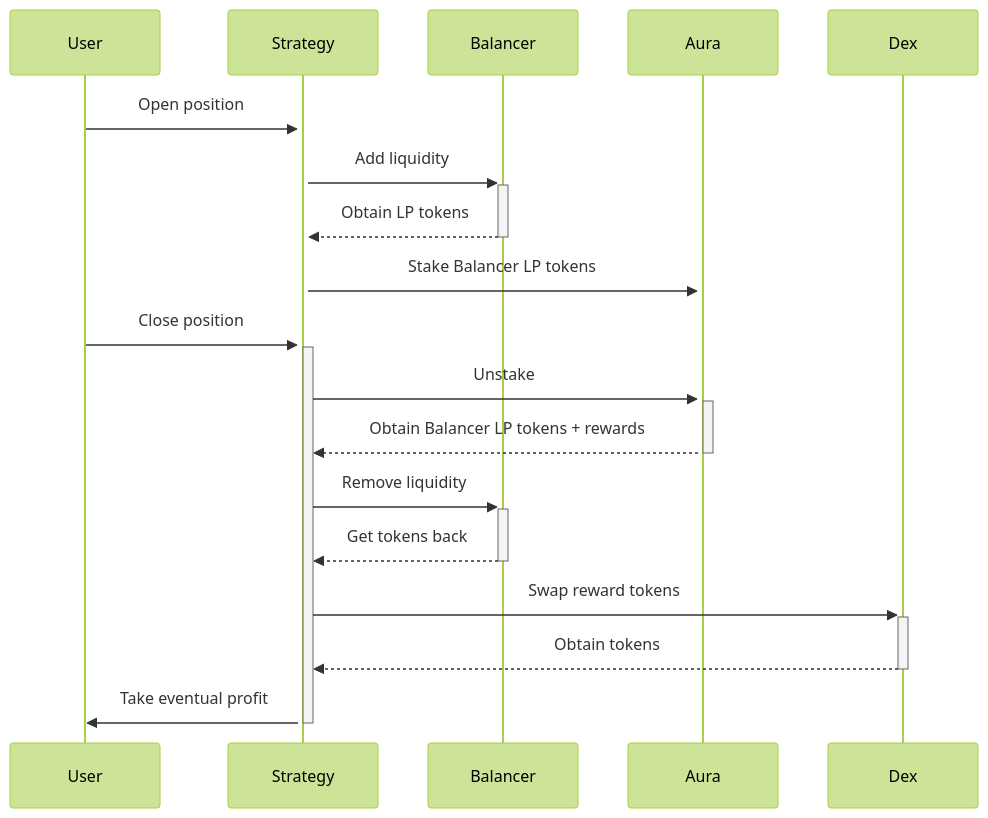
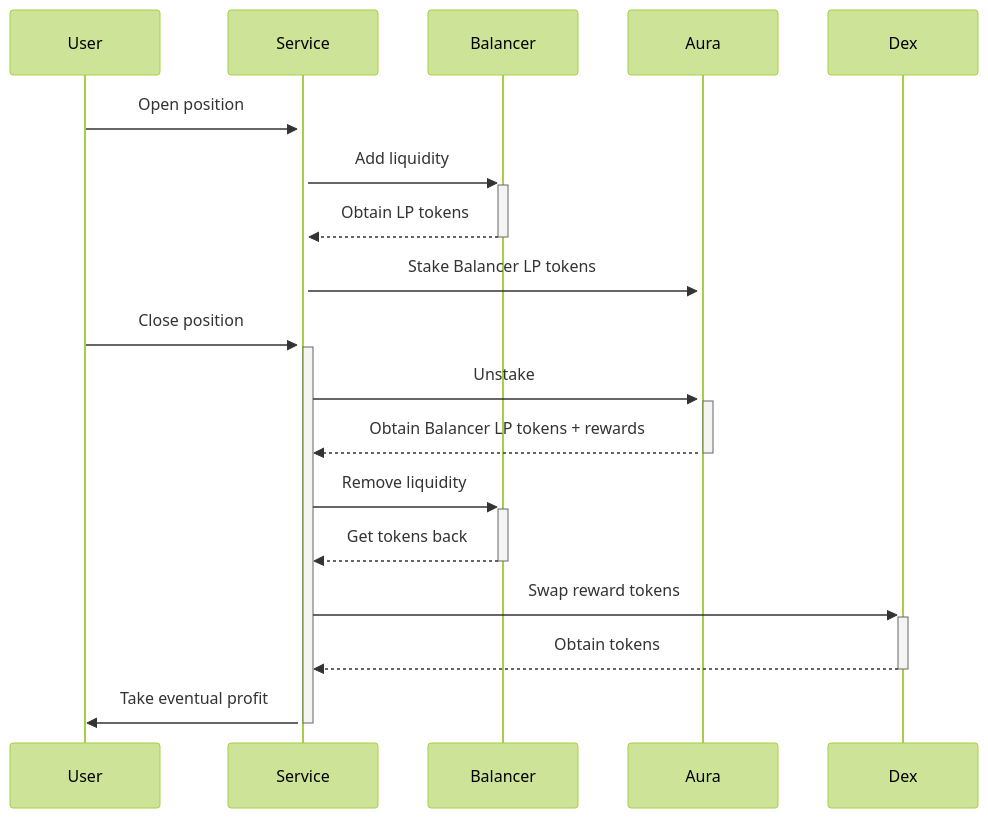
Before and after one commit to Ithil-protocol/docs: the diagram in docs/services/boosted-balancer.md, drawn with Mermaid (forest theme). The commit also changed other lines of this file and 18 other files, not shown here.

````diff
--- a/docs/services/boosted-balancer.md
+++ b/docs/services/boosted-balancer.md
@@ -13,15 +13,15 @@
 ```mermaid
 sequenceDiagram
-    User->>+Strategy: Open position
-    Strategy->>+Balancer: Add liquidity
-    Balancer-->>-Strategy: Obtain LP tokens
-    Strategy->>+Aura: Stake Balancer LP tokens
-    User->>+Strategy: Close position
-    Strategy->>+Aura: Unstake
-    Aura-->>-Strategy: Obtain Balancer LP tokens + rewards
-    Strategy->>+Balancer: Remove liquidity
-    Balancer-->>-Strategy: Get tokens back
-    Strategy->>+Dex: Swap reward tokens
-    Dex-->>-Strategy: Obtain tokens
-    Strategy->>-User: Take eventual profit
+    User->>+Service: Open position
+    Service->>+Balancer: Add liquidity
+    Balancer-->>-Service: Obtain LP tokens
+    Service->>+Aura: Stake Balancer LP tokens
+    User->>+Service: Close position
+    Service->>+Aura: Unstake
+    Aura-->>-Service: Obtain Balancer LP tokens + rewards
+    Service->>+Balancer: Remove liquidity
+    Balancer-->>-Service: Get tokens back
+    Service->>+Dex: Swap reward tokens
+    Dex-->>-Service: Obtain tokens
+    Service->>-User: Take eventual profit
 ```
````
